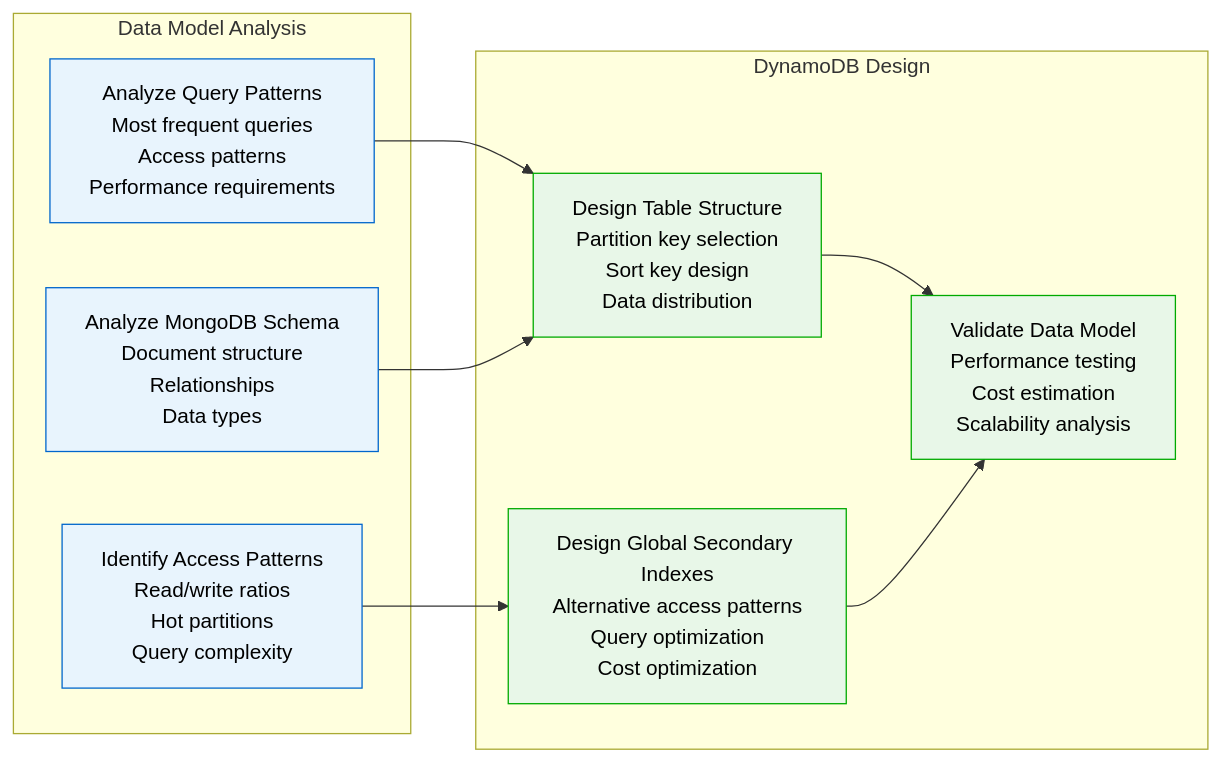
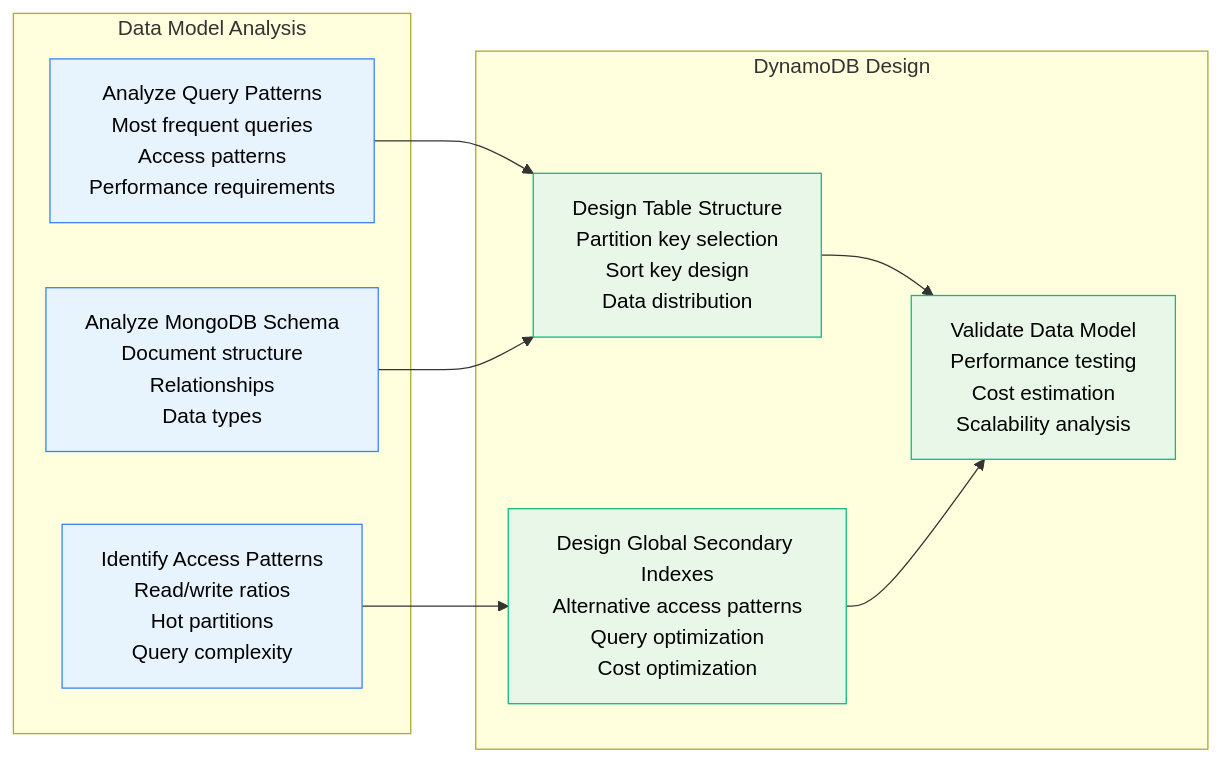
One commit to deepaucksharma/DS changed the third of 3 diagrams in site/docs/migrations/mongodb-to-dynamodb-nosql.md. Above: the diagram before and after it, drawn with Mermaid. The commit also changed other lines of this file and 187 other files, not shown here.

````diff
--- a/site/docs/migrations/mongodb-to-dynamodb-nosql.md
+++ b/site/docs/migrations/mongodb-to-dynamodb-nosql.md
@@ -147,27 +147,27 @@
 ```mermaid
 graph LR
     subgraph DataModelAnalysis[Data Model Analysis]
         ANALYZE_QUERIES[Analyze Query Patterns<br/>Most frequent queries<br/>Access patterns<br/>Performance requirements]
         ANALYZE_SCHEMA[Analyze MongoDB Schema<br/>Document structure<br/>Relationships<br/>Data types]
         IDENTIFY_PATTERNS[Identify Access Patterns<br/>Read/write ratios<br/>Hot partitions<br/>Query complexity]
     end
 
     subgraph DynamoDBDesign[DynamoDB Design]
         DESIGN_TABLES[Design Table Structure<br/>Partition key selection<br/>Sort key design<br/>Data distribution]
         DESIGN_GSI[Design Global Secondary Indexes<br/>Alternative access patterns<br/>Query optimization<br/>Cost optimization]
         VALIDATE_MODEL[Validate Data Model<br/>Performance testing<br/>Cost estimation<br/>Scalability analysis]
     end
 
     ANALYZE_QUERIES --> DESIGN_TABLES
     ANALYZE_SCHEMA --> DESIGN_TABLES
     IDENTIFY_PATTERNS --> DESIGN_GSI
     DESIGN_TABLES --> VALIDATE_MODEL
     DESIGN_GSI --> VALIDATE_MODEL
 
     %% Apply colors
-    classDef analysisStyle fill:#E8F4FD,stroke:#0066CC,color:#000
-    classDef designStyle fill:#E8F7E8,stroke:#00AA00,color:#000
+    classDef analysisStyle fill:#E8F4FD,stroke:#3B82F6,color:#000
+    classDef designStyle fill:#E8F7E8,stroke:#10B981,color:#000
 
     class ANALYZE_QUERIES,ANALYZE_SCHEMA,IDENTIFY_PATTERNS analysisStyle
     class DESIGN_TABLES,DESIGN_GSI,VALIDATE_MODEL designStyle
 ```
````
